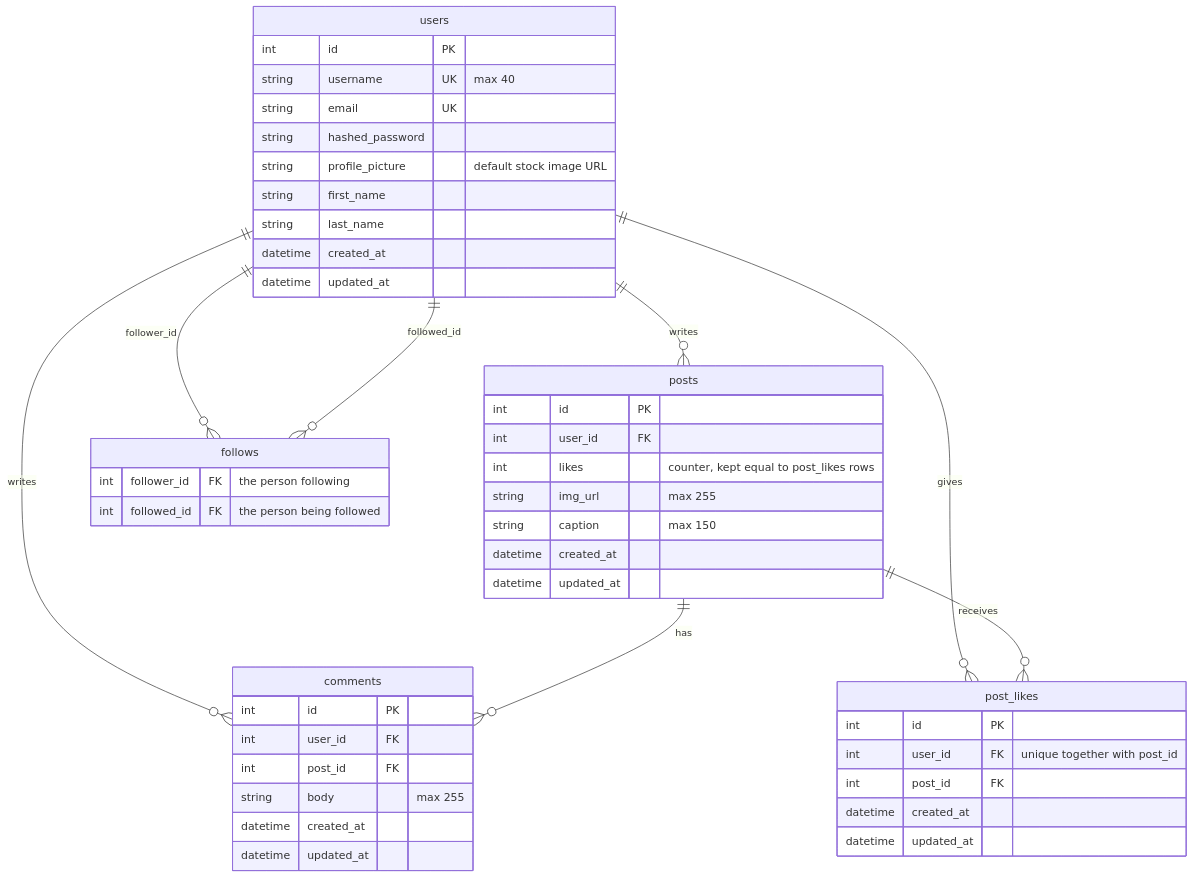
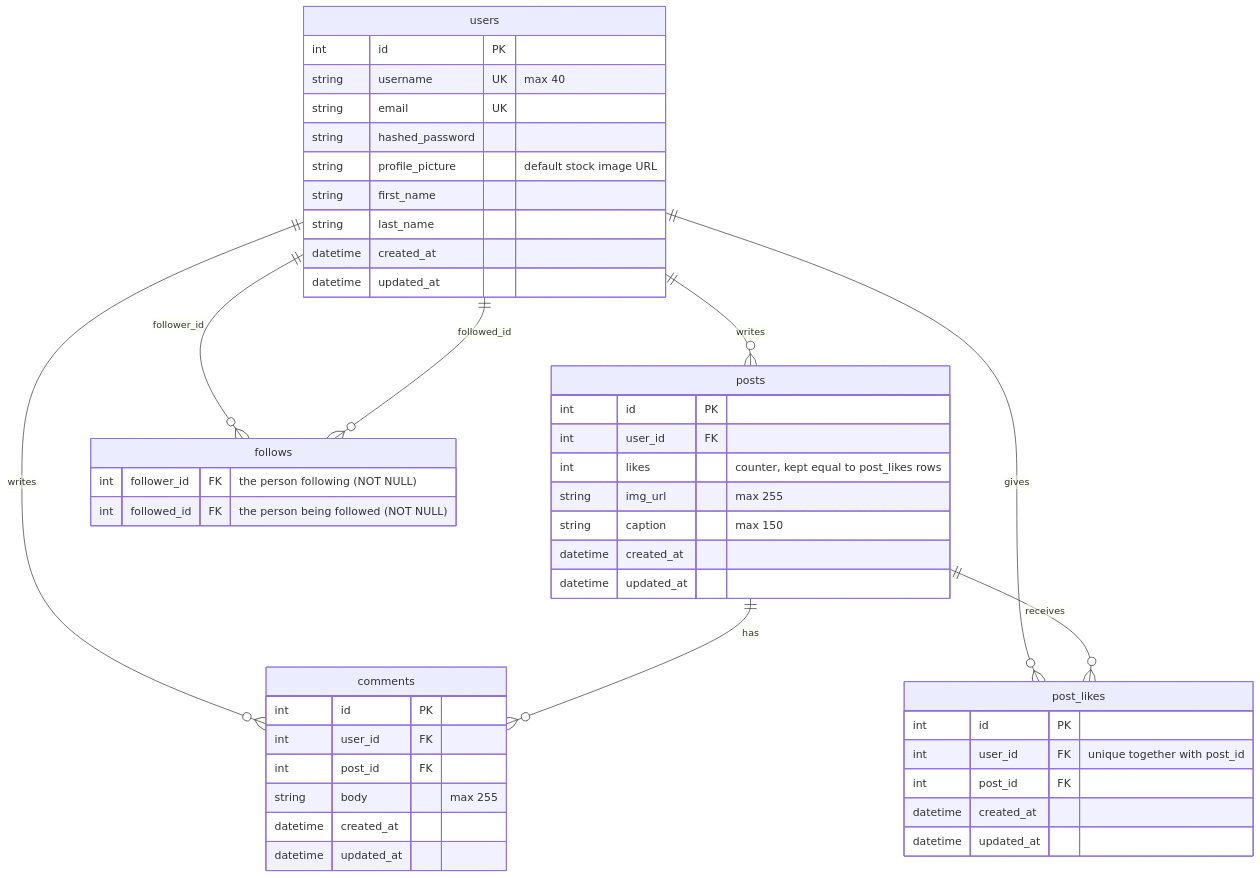
The second of 4 diagrams in docs/WALKTHROUGH.md (tyler-tor/PostPix), drawn with Mermaid before and after one commit. The commit also changed other lines of this file, not shown here.

````diff
--- a/docs/WALKTHROUGH.md
+++ b/docs/WALKTHROUGH.md
@@ -219,50 +238,50 @@
 ```mermaid
 erDiagram
     users ||--o{ posts : "writes"
     users ||--o{ comments : "writes"
     posts ||--o{ comments : "has"
     users ||--o{ post_likes : "gives"
     posts ||--o{ post_likes : "receives"
     users ||--o{ follows : "follower_id"
     users ||--o{ follows : "followed_id"
 
     users {
         int id PK
         string username UK "max 40"
         string email UK
         string hashed_password
         string profile_picture "default stock image URL"
         string first_name
         string last_name
         datetime created_at
         datetime updated_at
     }
     posts {
         int id PK
         int user_id FK
         int likes "counter, kept equal to post_likes rows"
         string img_url "max 255"
         string caption "max 150"
         datetime created_at
         datetime updated_at
     }
     comments {
         int id PK
         int user_id FK
         int post_id FK
         string body "max 255"
         datetime created_at
         datetime updated_at
     }
     post_likes {
         int id PK
         int user_id FK "unique together with post_id"
         int post_id FK
         datetime created_at
         datetime updated_at
     }
     follows {
-        int follower_id FK "the person following"
-        int followed_id FK "the person being followed"
+        int follower_id FK "the person following (NOT NULL)"
+        int followed_id FK "the person being followed (NOT NULL)"
     }
 ```
````
